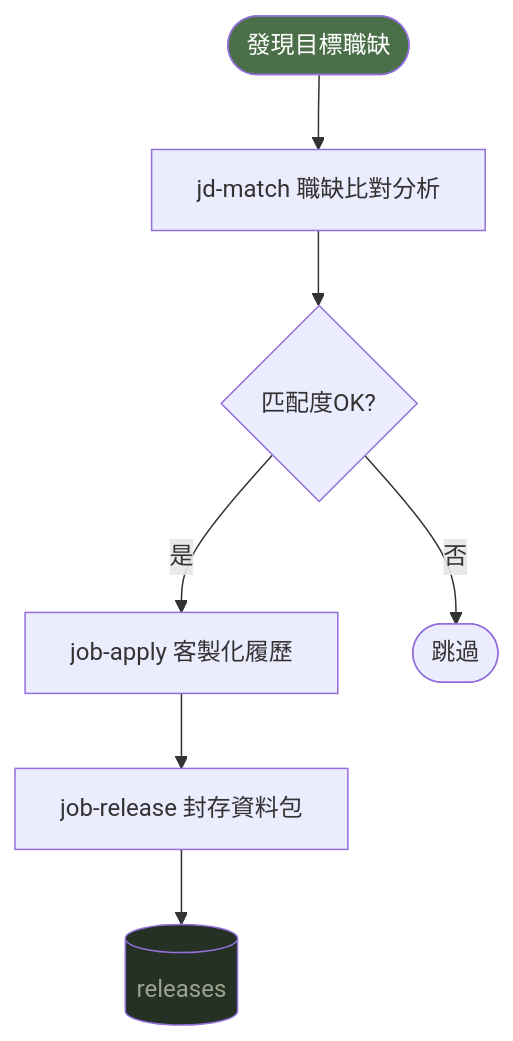
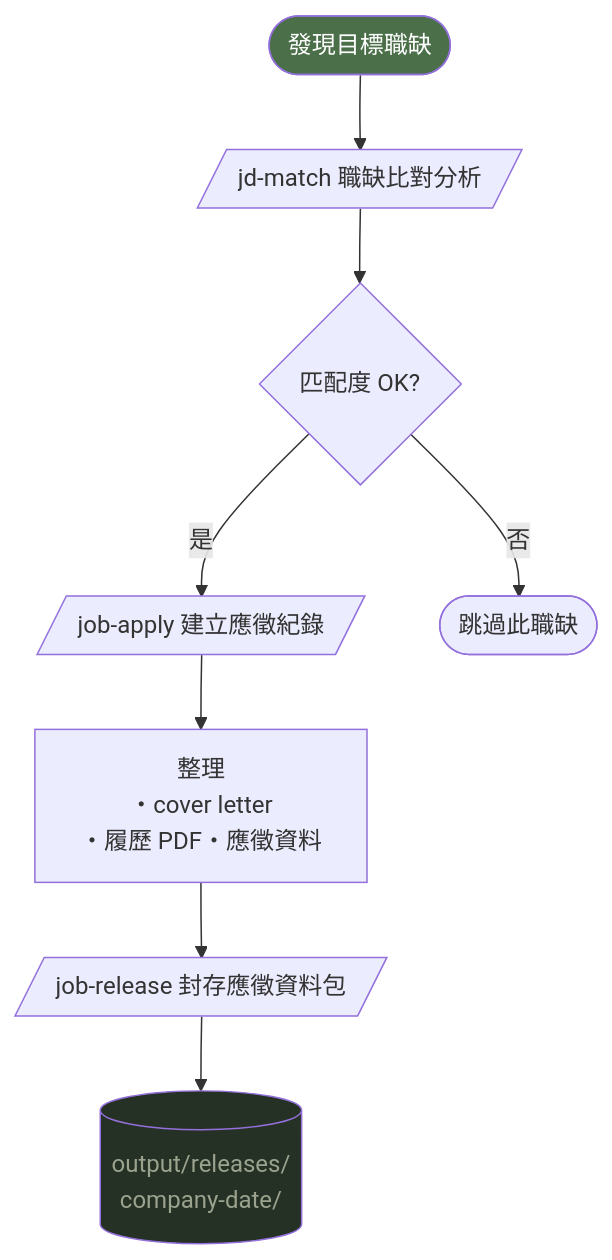
Before and after one commit to dicoge/smartresume: the second of 2 diagrams in README.md, drawn with Mermaid. The commit also changed other lines of this file, not shown here.

Commit message:
docs(readme): fix mermaid flowchart syntax

````diff
--- a/README.md
+++ b/README.md
@@ -148,12 +148,13 @@
 ```mermaid
 flowchart TD
-    A(["發現目標職缺"]) --> B["jd-match 職缺比對分析"]
-    B --> C{"匹配度OK?"}
-    C -- 是 --> D["job-apply 客製化履歷"]
-    C -- 否 --> E(["跳過"])
-    D --> F["job-release 封存資料包"]
-    F --> G[("releases")]
+    A([發現目標職缺]) --> B[/jd-match 職缺比對分析/]
+    B --> C{匹配度 OK?}
+    C -->|是| D[/job-apply 建立應徵紀錄/]
+    C -->|否| E([跳過此職缺])
+    D --> F[整理\n・cover letter\n・履歷 PDF・應徵資料]
+    F --> G[/job-release 封存應徵資料包/]
+    G --> H[(output/releases/\ncompany-date/)]
 
     style A fill:#4b7049,color:#fff
-    style G fill:#253124,color:#9ba38f
+    style H fill:#253124,color:#9ba38f
 ```
````
